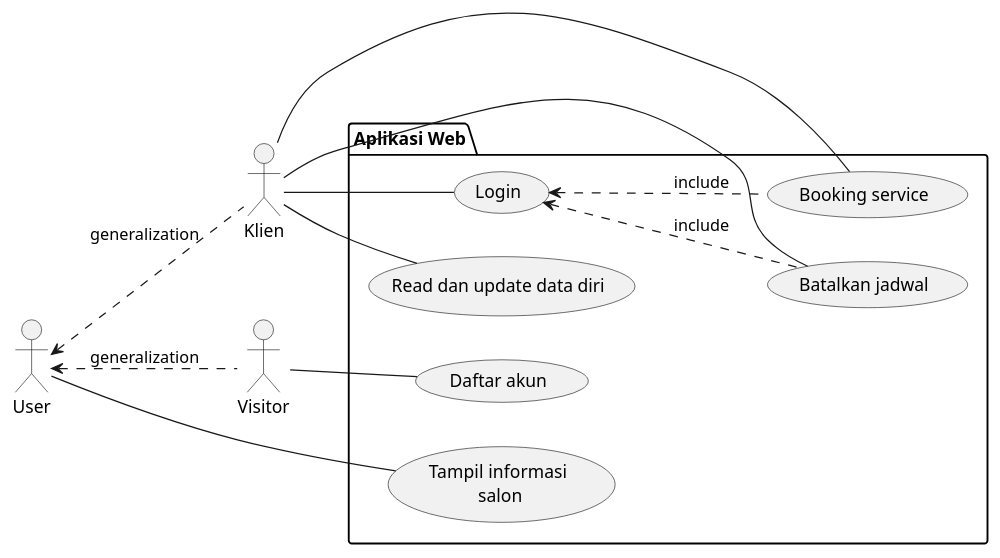
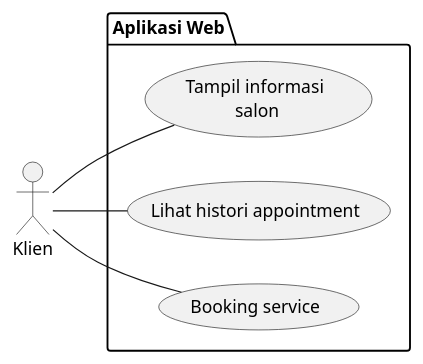
Before and after one commit to RayhanHamada/p3l_kel2: the diagram in packages/diagrams/web-client-usecase.plantuml, drawn with PlantUML. The commit also changed 2 other files, not shown here.

Commit message:
feat: modify erd

```diff
--- a/packages/diagrams/web-client-usecase.plantuml
+++ b/packages/diagrams/web-client-usecase.plantuml
@@ -1,47 +1,31 @@
 @startuml usecase
 
 left to right direction
-:User: as U
-:Visitor: as V
 :Klien: as K
-
-U <.. V : generalization
-U <.. K : generalization
 
 package "Aplikasi Web" {
     ' fitur user secara umum
-    usecase (Read dan update data diri) as ruDataDiri
 
     ' fitur user klien terdaftar
     usecase (Tampil informasi\n salon) as menampilkanInformasi
-    usecase (Daftar akun) as daftarAkun
-    usecase (Login) as login
+    usecase (Lihat histori appointment) as lihatHistori
     usecase (Booking service) as bs
-    usecase (Batalkan jadwal) as batalJadwal
 }
 
-U -- menampilkanInformasi
-
-K -- ruDataDiri
-K -- login
+K -- menampilkanInformasi
+K -- lihatHistori
 K -- bs
-K -- batalJadwal
 
 ' note right of daftarAkun
 '     Daftar menggunakan No. Telepon, Nama, Password
 ' end note
 
 ' note right of login
 '     Login menggunakan No. Telepon, dan Password
 ' end note
 
 ' note top of bs
 '     pilih waktu, cabang, dan operator, dan service
 ' end note
 
-V -- daftarAkun
-
-login <.. bs : include
-login <.. batalJadwal : include
-
 @enduml
```
